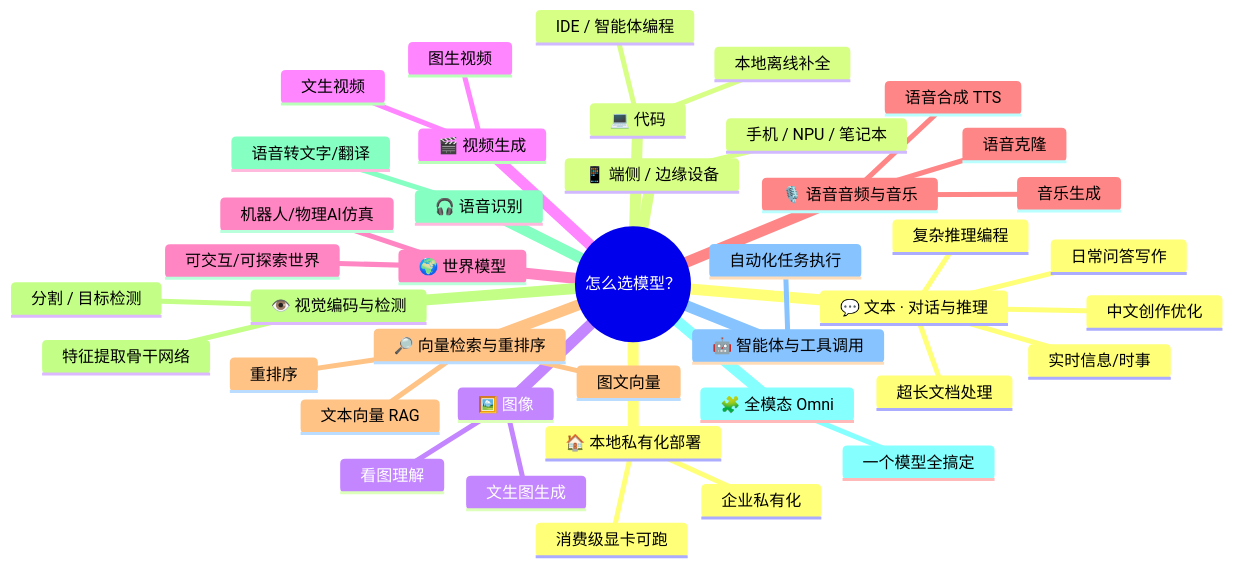
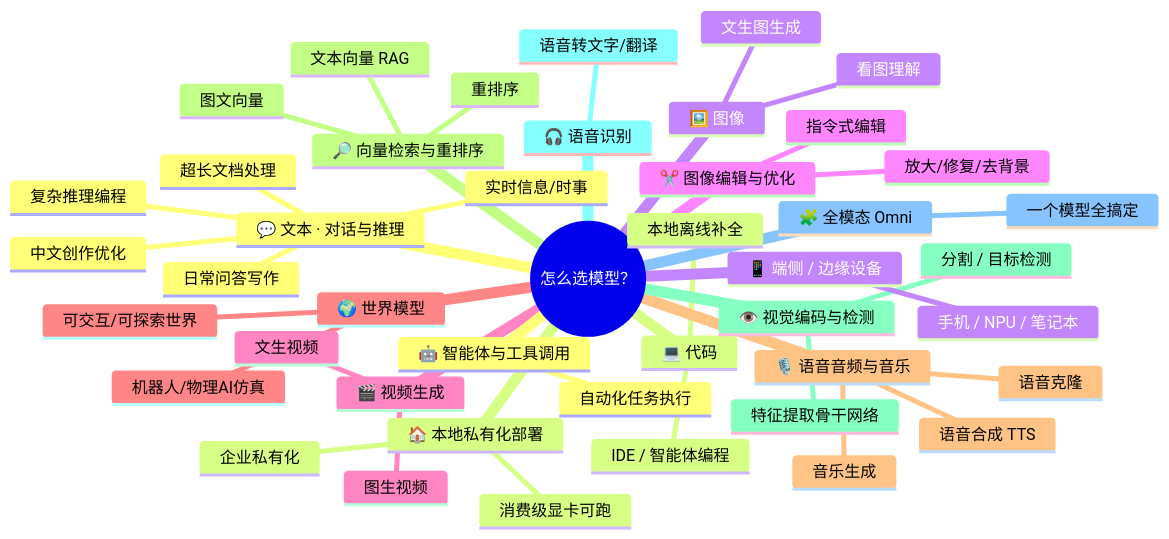
The first of 3 diagrams in README.zh-CN.md (HoobenWang/awesome-llm-landscape), drawn with Mermaid before and after one commit. The commit also changed other lines of this file and 2 other files, not shown here.

````diff
--- a/README.zh-CN.md
+++ b/README.zh-CN.md
@@ -52,44 +53,47 @@
 ```mermaid
 mindmap
   root((怎么选模型？))
     💬 文本 · 对话与推理
       日常问答写作
       复杂推理编程
       超长文档处理
       中文创作优化
       实时信息/时事
     💻 代码
       IDE / 智能体编程
       本地离线补全
     🖼️ 图像
       看图理解
       文生图生成
+    ✂️ 图像编辑与优化
+      指令式编辑
+      放大/修复/去背景
     🎬 视频生成
       文生视频
       图生视频
     🌍 世界模型
       可交互/可探索世界
       机器人/物理AI仿真
     🎙️ 语音音频与音乐
       语音合成 TTS
       语音克隆
       音乐生成
     🔎 向量检索与重排序
       文本向量 RAG
       图文向量
       重排序
     👁️ 视觉编码与检测
       特征提取骨干网络
       分割 / 目标检测
     🎧 语音识别
       语音转文字/翻译
     🧩 全模态 Omni
       一个模型全搞定
     🤖 智能体与工具调用
       自动化任务执行
     🏠 本地私有化部署
       消费级显卡可跑
       企业私有化
     📱 端侧 / 边缘设备
       手机 / NPU / 笔记本
 ```
````
